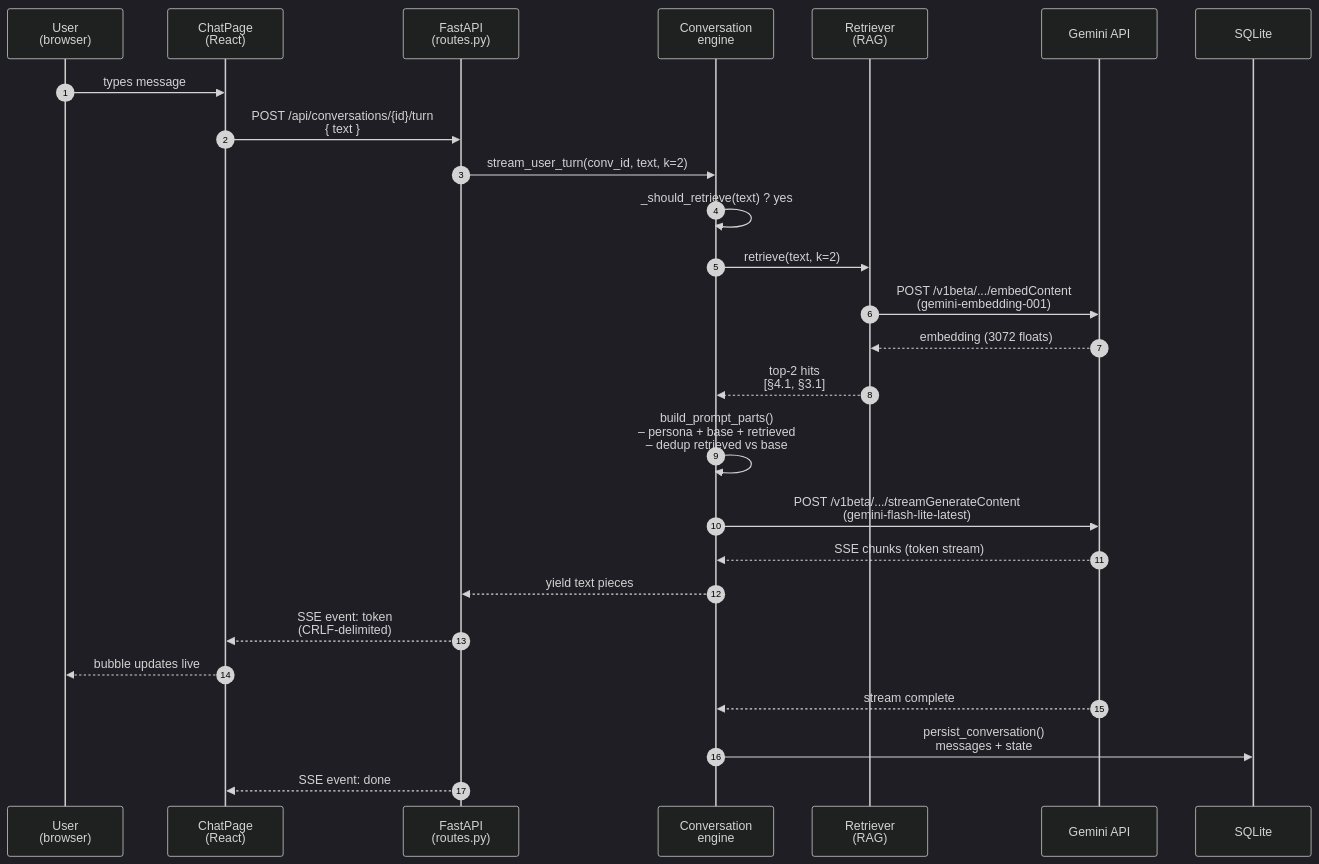
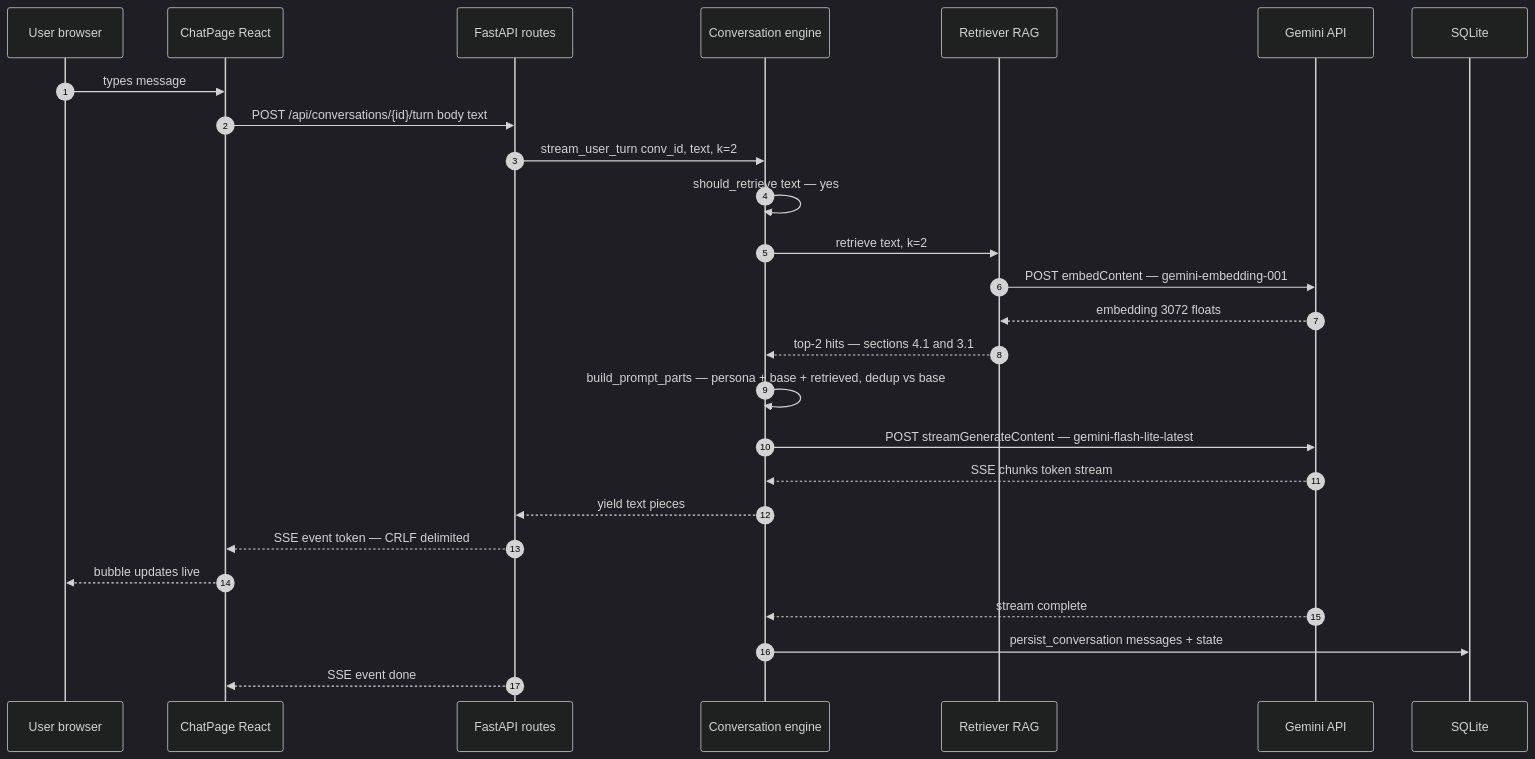
One commit to AmanG-04/rupeezy-voice-agent changed the third of 10 diagrams in ARCHITECTURE.md. Above: the diagram before and after it, drawn with Mermaid (dark theme). The commit also changed other lines of this file, not shown here.

First line of the commit message:
docs: fix Mermaid render errors in ARCHITECTURE.md

````diff
--- a/ARCHITECTURE.md
+++ b/ARCHITECTURE.md
@@ -158,29 +158,29 @@
 ```mermaid
 sequenceDiagram
     autonumber
-    participant U as User<br/>(browser)
-    participant F as ChatPage<br/>(React)
-    participant B as FastAPI<br/>(routes.py)
-    participant E as Conversation<br/>engine
-    participant R as Retriever<br/>(RAG)
+    participant U as User browser
+    participant F as ChatPage React
+    participant B as FastAPI routes
+    participant E as Conversation engine
+    participant R as Retriever RAG
     participant G as Gemini API
     participant DB as SQLite
 
     U->>F: types message
-    F->>B: POST /api/conversations/{id}/turn<br/>{ text }
-    B->>E: stream_user_turn(conv_id, text, k=2)
-    E->>E: _should_retrieve(text) ? yes
-    E->>R: retrieve(text, k=2)
-    R->>G: POST /v1beta/.../embedContent<br/>(gemini-embedding-001)
-    G-->>R: embedding (3072 floats)
-    R-->>E: top-2 hits<br/>[§4.1, §3.1]
-    E->>E: build_prompt_parts()<br/>– persona + base + retrieved<br/>– dedup retrieved vs base
-    E->>G: POST /v1beta/.../streamGenerateContent<br/>(gemini-flash-lite-latest)
-    G-->>E: SSE chunks (token stream)
+    F->>B: POST /api/conversations/{id}/turn body text
+    B->>E: stream_user_turn conv_id, text, k=2
+    E->>E: should_retrieve text — yes
+    E->>R: retrieve text, k=2
+    R->>G: POST embedContent — gemini-embedding-001
+    G-->>R: embedding 3072 floats
+    R-->>E: top-2 hits — sections 4.1 and 3.1
+    E->>E: build_prompt_parts — persona + base + retrieved, dedup vs base
+    E->>G: POST streamGenerateContent — gemini-flash-lite-latest
+    G-->>E: SSE chunks token stream
     E-->>B: yield text pieces
-    B-->>F: SSE event: token<br/>(CRLF-delimited)
+    B-->>F: SSE event token — CRLF delimited
     F-->>U: bubble updates live
     G-->>E: stream complete
-    E->>DB: persist_conversation()<br/>messages + state
-    B-->>F: SSE event: done
+    E->>DB: persist_conversation messages + state
+    B-->>F: SSE event done
 ```
````
